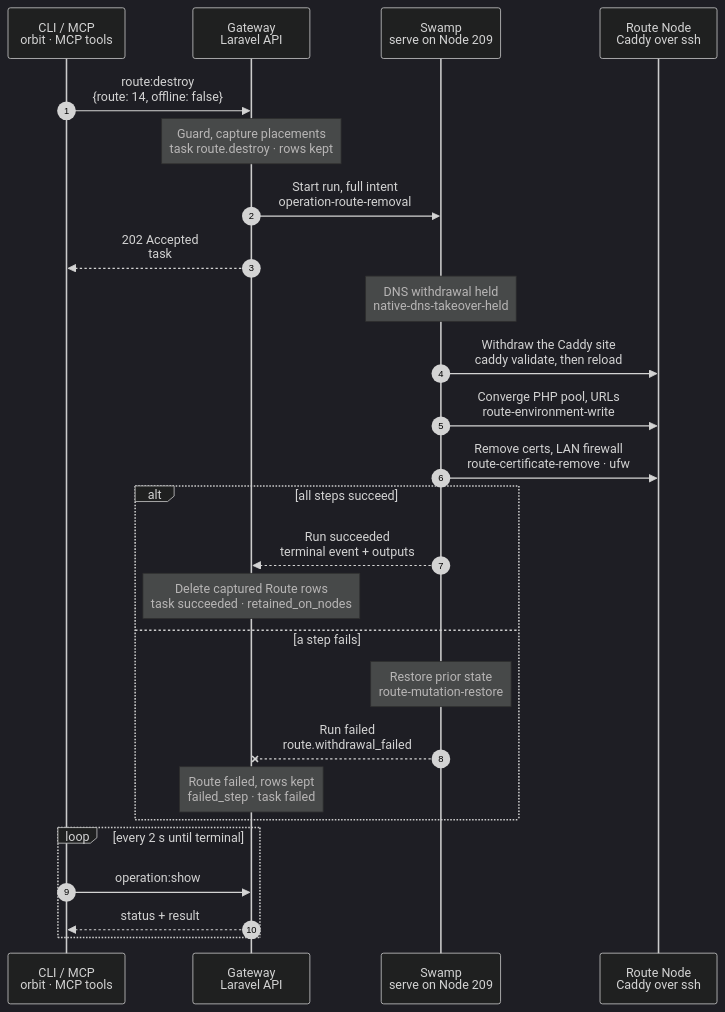
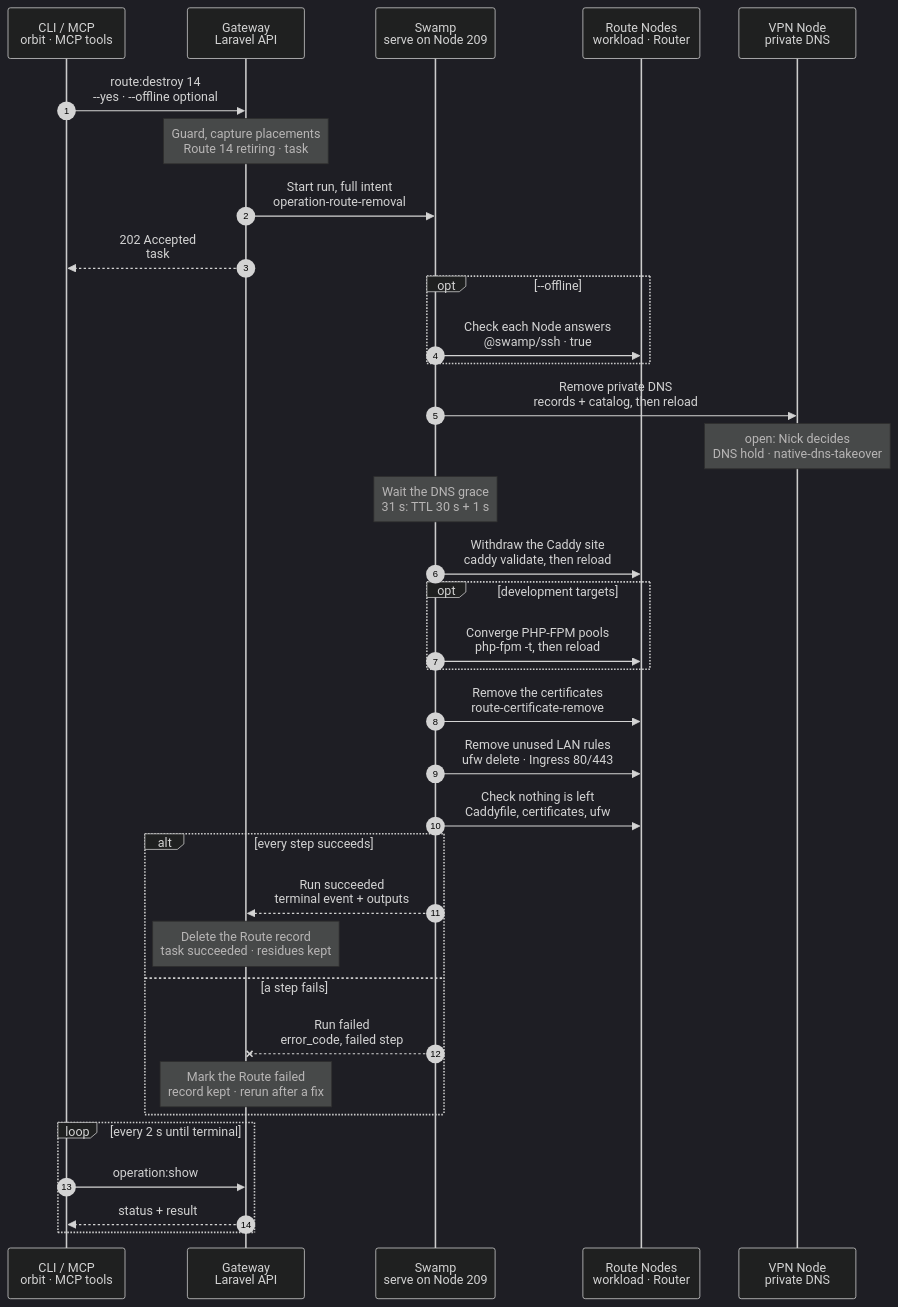
Before and after one commit to hardimpactdev/orbit: the diagram in docs/flows/route.destroy.mmd, drawn with Mermaid (dark theme). The commit also changed 15 other files, not shown here.

First line of the commit message:
docs(flows): wave 5 charts (routes, router, WireGuard, WebSocket, analytics) (#2438)

```diff
--- a/docs/flows/route.destroy.mmd
+++ b/docs/flows/route.destroy.mmd
@@ -1,32 +1,144 @@
 sequenceDiagram
-  %% Target design: ADR 0244 task + single-swamp-node; DECISIONS round 2 (route.destroy cleanup in the workflow, R2) + 2 (DNS held).
+  %% Target design: ADR 0244 task, DECISIONS R1-R4 + 2 (DNS hold) + round 2 (route.destroy cleanup runs in the workflow; the Gateway deletes the record on the terminal result), single-swamp-node. docs/cli/route.mdx, docs/reference/routes.md (Remove a Route).
   %% status: draft
+  %% command: route:destroy
   autonumber
   %% lane CLI icon=terminal pill=caller tone=gray
   %% lane GW icon=gateway pill=intent tone=blue
   %% lane SW icon=workflow pill=executes tone=green
   %% lane N icon=server pill=target tone=amber
+  %% lane V icon=server pill=target tone=purple
   participant CLI as CLI / MCP<br/>orbit · MCP tools
   participant GW as Gateway<br/>Laravel API
   participant SW as Swamp<br/>serve on Node 209
-  participant N as Route Node<br/>Caddy over ssh
-  CLI->>GW: route:destroy<br/>{route: 14, offline: false}
-  Note over GW: Guard, capture placements<br/>task route.destroy · rows kept
+  participant N as Route Nodes<br/>workload · Router
+  participant V as VPN Node<br/>private DNS
+  CLI->>GW: route:destroy 14<br/>--yes · --offline optional
+  %%> Command:
+  %%> - `orbit route:destroy 14 --yes`
+  %%> - syntax: `<route> [--yes] [--offline]`
+  %%> Input:
+  %%> - Route 14
+  %%> - `--offline`: skip a Node that does not answer, and list what it still needs
+  %%> Replacement:
+  %%> - on a `pending` or `failed` replacement that never moved DNS, it abandons the domain change
+  %%> - the same steps remove the replacement's site and certificates; the old URL is written back; the replaced Route stays
+  %%> Confirmation:
+  %%> - without `--yes`, the CLI asks first; the default is No
+  %%> - without a terminal, or with `--json`, `--yes` is required
+  Note over GW: Guard, capture placements<br/>Route 14 retiring · task #5130
+  %%> Requirements:
+  %%> - your Node has an access grant to Node 7, the Route's Node
+  %%> - no active Instance depends on Route 14 (`route.target_conflict`); remove the Instance with `instance:destroy` instead
+  %%> - the public edge of Route 14 is not live, and it is not in an active replacement pair
+  %%> - Route 14 is not an analytics tracking Route (`route.tracking_managed`)
+  %%> - no open Instance transfer owns it (`instance.transfer_incomplete`)
+  %%> Locks:
+  %%> - the projection lock and the environment owner of every target Instance
+  %%> Captures:
+  %%> - every Node the Route touches: workload, Router, Ingress, VPN Node
+  %%> - the Caddy blocks, certificate scopes, PHP-FPM pools and LAN tuples to remove
+  %%> - the DNS records without Route 14
+  %%> Result:
+  %%> - Route 14 marked `retiring`; its record stays until the result
+  %%> - task #5130 recorded with the full intent
   GW->>SW: Start run, full intent<br/>operation-route-removal
+  %%> What it does:
+  %%> - starts one Swamp run on serve (Node 209)
+  %%> Inputs:
+  %%> - the captured removal plan, per Node
+  %%> - each Node's address and SSH host keys; the SSH identity comes from the `swamp` role
+  %%> - whether `--offline` was given
   GW-->>CLI: 202 Accepted<br/>task #5130
-  Note over SW: DNS withdrawal held<br/>native-dns-takeover-held
+  %%> What you get:
+  %%> - the task number, at once
+  %%> Next:
+  %%> - the CLI follows the task with `operation:show`
+  opt --offline
+    SW->>N: Check each Node answers<br/>@swamp/ssh · true
+    %%> What it does:
+    %%> - tries each Node once over `@swamp/ssh` from 209
+    %%> - a Node that does not answer is skipped by every later step
+    %%> - a Node that answers keeps every step; a failure on it still stops the removal
+  end
+  SW->>V: Remove private DNS<br/>records + catalog, then reload
+  %%> What it does:
+  %%> - removes `shop.test` from the private DNS records
+  %%> - checks the loaded catalog and a DNS reply
+  %%> Order:
+  %%> - DNS goes first, so the name stops resolving before its site leaves
+  Note over V: open: Nick decides<br/>DNS hold · native-dns-takeover
+  %%> Open:
+  %%> - DNS publication is under the DNS hold; Nick decides (rule 9)
+  %%> - until then, the run skips this step and the grace wait
+  Note over SW: Wait the DNS grace<br/>31 s: TTL 30 s + 1 s
+  %%> Why:
+  %%> - resolvers that honor the TTL stop asking for the name before its site leaves
   SW->>N: Withdraw the Caddy site<br/>caddy validate, then reload
-  SW->>N: Converge PHP pool, URLs<br/>route-environment-write
-  SW->>N: Remove certs, LAN firewall<br/>route-certificate-remove · ufw
-  alt all steps succeed
+  %%> How:
+  %%> - Swamp reaches every captured Node over `@swamp/ssh` from 209
+  %%> What it does:
+  %%> - removes Route 14's site blocks on the workload, the Router and the Ingress
+  %%> - validates the Caddyfile, then reloads Caddy; never a restart (rule 7)
+  %%> Kept:
+  %%> - Caddy itself and the Node's shared runtime
+  opt development targets
+    SW->>N: Converge PHP-FPM pools<br/>php-fpm -t, then reload
+    %%> What it does:
+    %%> - right after the site leaves, converges every PHP-FPM pool on the Node of each development target
+    %%> - a pool whose working directory is gone is skipped and does not stop the removal
+    %%> Not included:
+    %%> - a production target keeps its dedicated PHP-FPM service until `instance:destroy`
+  end
+  SW->>N: Remove the certificates<br/>route-certificate-remove
+  %%> What it does:
+  %%> - removes the certificate scopes owned by Route 14 on each Node
+  %%> Refuses:
+  %%> - a scope that a remaining Caddy site still names
+  %%> Kept:
+  %%> - each target's own Instance certificate, until `instance:destroy`
+  SW->>N: Remove unused LAN rules<br/>ufw delete · Ingress 80/443
+  %%> What it does:
+  %%> - removes the Router LAN tuples on the workload Node that no published Route still needs
+  %%> - an identical tuple that another Route uses stays
+  %%> - on the Ingress, closes `orbit:ingress-http` and `orbit:ingress-https` when Route 14 was the last public Route
+  SW->>N: Check nothing is left<br/>Caddyfile, certificates, ufw
+  %%> What it does:
+  %%> - reads back each Node: no site block names `shop.test`, no Route 14 certificate scope, no removed tuple
+  %%> Why:
+  %%> - the Route only counts as removed when the Nodes show it
+  alt every step succeeds
     SW-->>GW: Run succeeded<br/>terminal event + outputs
-    Note over GW: Delete captured Route rows<br/>task succeeded · retained_on_nodes
+    %%> How the Gateway learns it:
+    %%> - its shared run reader sees the terminal event; Swamp never calls the Gateway
+    %%> Outputs:
+    %%> - with `--offline`: each skipped Node and the steps it still needs
+    Note over GW: Delete the Route record<br/>task succeeded · residues kept
+    %%> Result:
+    %%> - Route 14 is deleted and `shop.test` is released
+    %%> - the Instances stay, without this Route
+    %%> - a skipped Node gets a residue record; `node:converge` finishes it once the Node answers
+    %%> - task #5130 succeeds and lists `retained_on_nodes`
   else a step fails
-    Note over SW: Restore prior state<br/>route-mutation-restore
-    SW--xGW: Run failed<br/>route.withdrawal_failed
-    Note over GW: Route failed, rows kept<br/>failed_step · task failed
+    SW--xGW: Run failed<br/>error_code, failed step
+    %%> The Gateway reads:
+    %%> - which step failed and its error code
+    %%> - a Node that did not answer gives `route.node_unreachable`, naming the Node and `--offline`
+    Note over GW: Mark the Route failed<br/>record kept · rerun after a fix
+    %%> Result:
+    %%> - Route 14 stays, marked `failed` with `failed_step` and `error_code`
+    %%> - task #5130 fails
+    %%> On the Node:
+    %%> - what earlier steps removed stays removed; there is no rollback
+    %%> - that is safe: every step skips what is already gone
+    %%> Retry:
+    %%> - run the same command again after fixing the cause, or add `--offline` for an unreachable Node
   end
   loop every 2 s until terminal
     CLI->>GW: operation:show #5130
+    %%> What it does:
+    %%> - asks for the task's status every 2 seconds until it has ended
     GW-->>CLI: status + result
+    %%> Returns:
+    %%> - the current status, and the result once the task has ended
   end
```
